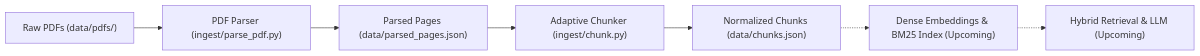
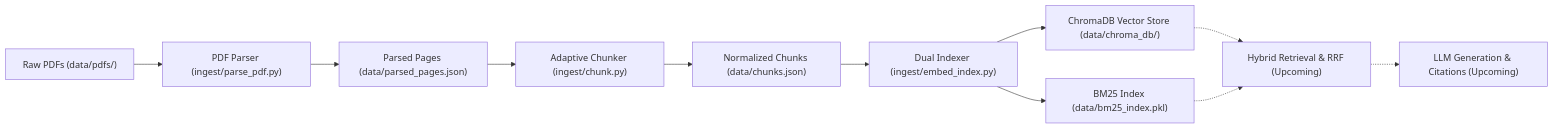
Before and after one commit to Niyaz05/RAG-with-Hybrid-Search: the diagram in README.md, drawn with Mermaid. The commit also changed other lines of this file and 5 other files, not shown here.

````diff
--- a/README.md
+++ b/README.md
@@ -11,9 +11,13 @@
 ```mermaid
 flowchart LR
     A["Raw PDFs (data/pdfs/)"] --> B["PDF Parser (ingest/parse_pdf.py)"]
     B --> C["Parsed Pages (data/parsed_pages.json)"]
     C --> D["Adaptive Chunker (ingest/chunk.py)"]
     D --> E["Normalized Chunks (data/chunks.json)"]
-    E -.-> F["Dense Embeddings & BM25 Index (Upcoming)"]
-    F -.-> G["Hybrid Retrieval & LLM (Upcoming)"]
+    E --> F["Dual Indexer (ingest/embed_index.py)"]
+    F --> G["ChromaDB Vector Store (data/chroma_db/)"]
+    F --> H["BM25 Index (data/bm25_index.pkl)"]
+    G -.-> I["Hybrid Retrieval & RRF (Upcoming)"]
+    H -.-> I
+    I -.-> J["LLM Generation & Citations (Upcoming)"]
 ```
````
